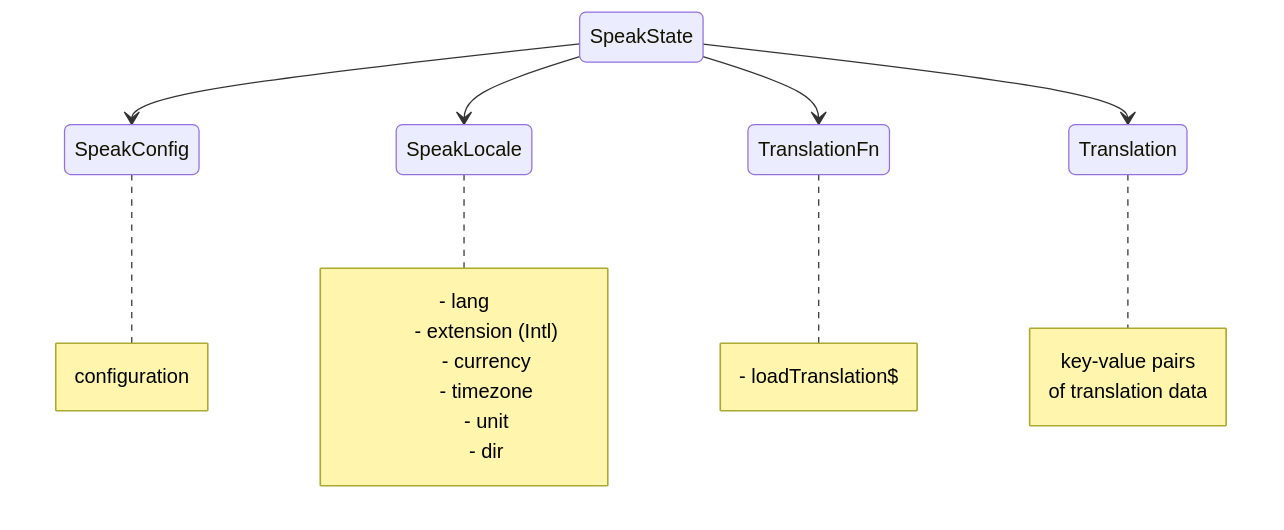
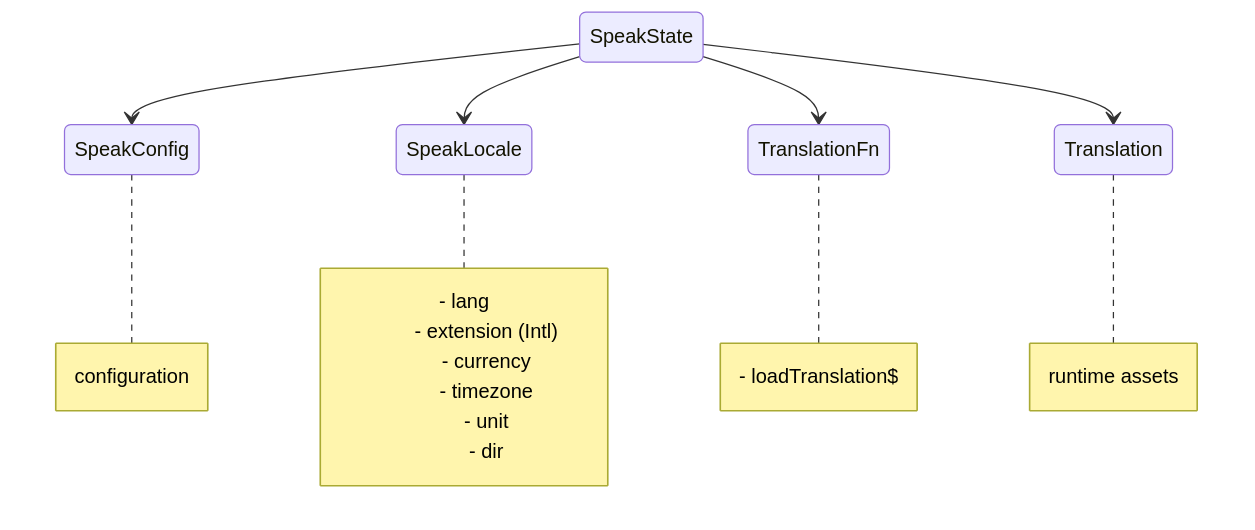
Before and after one commit to robisim74/qwik-speak: the diagram in README.md, drawn with Mermaid. The commit also changed other lines of this file and 11 other files, not shown here.

````diff
--- a/README.md
+++ b/README.md
@@ -72,28 +73,27 @@
 ```mermaid
 stateDiagram-v2
     State1: SpeakState
     State2: SpeakConfig
     State3: SpeakLocale
     State4: TranslationFn
     State5: Translation
     State1 --> State2
     State1 --> State3
     State1 --> State4
     State1 --> State5
     note right of State2: configuration
     note right of State3
         - lang
         - extension (Intl)
         - currency
         - timezone
         - unit
         - dir
     end note 
     note right of State4
         - loadTranslation$
     end note
     note right of State5
-        key-value pairs
-        of translation data
+        runtime assets
     end note
 ```
````
